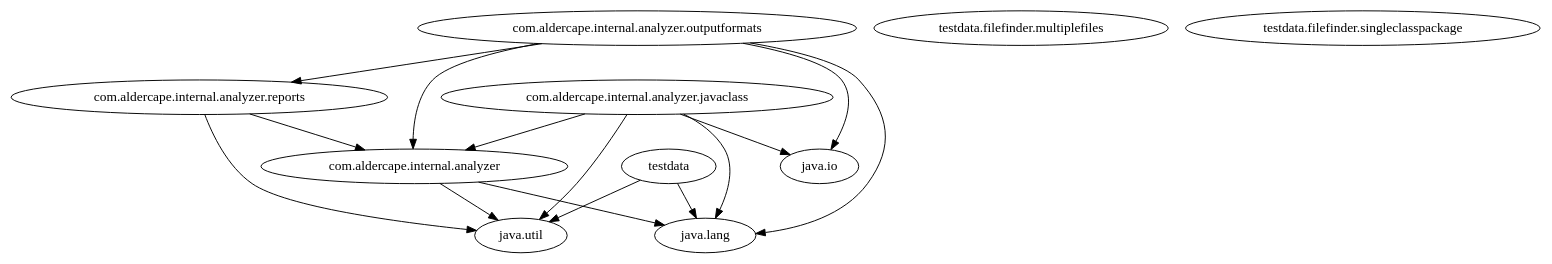
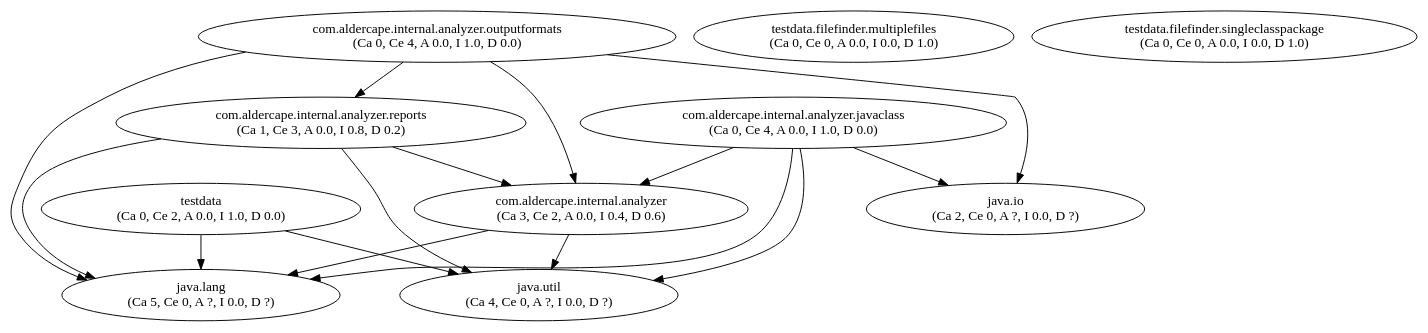
Before and after one commit to AlderCape/Analyzer: the diagram in project.dot, drawn with Graphviz. The commit also changed 5 other files, not shown here.

```diff
--- a/project.dot
+++ b/project.dot
@@ -1,26 +1,27 @@
 digraph G {
-"com.aldercape.internal.analyzer";
-"com.aldercape.internal.analyzer.javaclass";
-"com.aldercape.internal.analyzer.outputformats";
-"com.aldercape.internal.analyzer.reports";
-"java.io";
-"java.lang";
-"java.util";
-"testdata";
-"testdata.filefinder.multiplefiles";
-"testdata.filefinder.singleclasspackage";
+"com.aldercape.internal.analyzer" [label="com.aldercape.internal.analyzer\n(Ca 3, Ce 2, A 0.0, I 0.4, D 0.6)"];
+"com.aldercape.internal.analyzer.javaclass" [label="com.aldercape.internal.analyzer.javaclass\n(Ca 0, Ce 4, A 0.0, I 1.0, D 0.0)"];
+"com.aldercape.internal.analyzer.outputformats" [label="com.aldercape.internal.analyzer.outputformats\n(Ca 0, Ce 4, A 0.0, I 1.0, D 0.0)"];
+"com.aldercape.internal.analyzer.reports" [label="com.aldercape.internal.analyzer.reports\n(Ca 1, Ce 3, A 0.0, I 0.8, D 0.2)"];
+"java.io" [label="java.io\n(Ca 2, Ce 0, A ?, I 0.0, D ?)"];
+"java.lang" [label="java.lang\n(Ca 5, Ce 0, A ?, I 0.0, D ?)"];
+"java.util" [label="java.util\n(Ca 4, Ce 0, A ?, I 0.0, D ?)"];
+"testdata" [label="testdata\n(Ca 0, Ce 2, A 0.0, I 1.0, D 0.0)"];
+"testdata.filefinder.multiplefiles" [label="testdata.filefinder.multiplefiles\n(Ca 0, Ce 0, A 0.0, I 0.0, D 1.0)"];
+"testdata.filefinder.singleclasspackage" [label="testdata.filefinder.singleclasspackage\n(Ca 0, Ce 0, A 0.0, I 0.0, D 1.0)"];
 "com.aldercape.internal.analyzer" -> "java.lang";
 "com.aldercape.internal.analyzer" -> "java.util";
 "com.aldercape.internal.analyzer.javaclass" -> "com.aldercape.internal.analyzer";
 "com.aldercape.internal.analyzer.javaclass" -> "java.io";
 "com.aldercape.internal.analyzer.javaclass" -> "java.lang";
 "com.aldercape.internal.analyzer.javaclass" -> "java.util";
 "com.aldercape.internal.analyzer.outputformats" -> "com.aldercape.internal.analyzer";
 "com.aldercape.internal.analyzer.outputformats" -> "com.aldercape.internal.analyzer.reports";
 "com.aldercape.internal.analyzer.outputformats" -> "java.io";
 "com.aldercape.internal.analyzer.outputformats" -> "java.lang";
 "com.aldercape.internal.analyzer.reports" -> "com.aldercape.internal.analyzer";
+"com.aldercape.internal.analyzer.reports" -> "java.lang";
 "com.aldercape.internal.analyzer.reports" -> "java.util";
 "testdata" -> "java.lang";
 "testdata" -> "java.util";
 }
```
